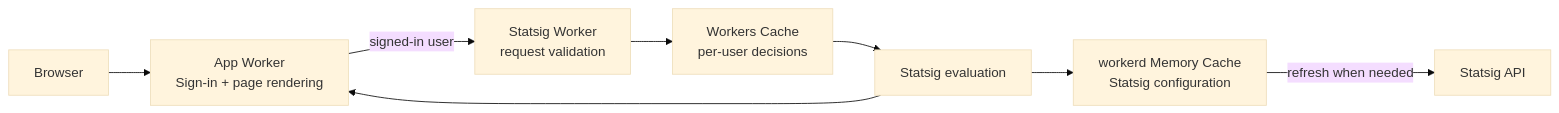
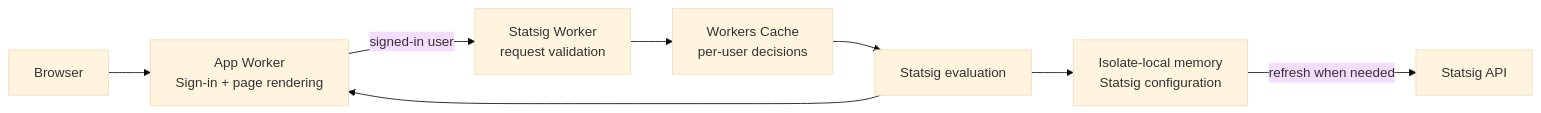
One commit to irvinebroque/reference-example-kitchen-sink changed the diagram in README.md. Above: the diagram before and after it, drawn with Mermaid (base theme). The commit also changed other lines of this file and 14 other files, not shown here.

Commit message:
Default Statsig config cache to isolate memory

````diff
--- a/README.md
+++ b/README.md
@@ -28,10 +28,10 @@
 ```mermaid
 flowchart LR
     Browser --> App["App Worker\nSign-in + page rendering"]
     App -->|"signed-in user"| Gateway["Statsig Worker\nrequest validation"]
     Gateway --> Decisions["Workers Cache\nper-user decisions"]
     Decisions --> Evaluator["Statsig evaluation"]
-    Evaluator --> Config["workerd Memory Cache\nStatsig configuration"]
+    Evaluator --> Config["Isolate-local memory\nStatsig configuration"]
     Config -->|"refresh when needed"| Statsig["Statsig API"]
     Evaluator --> App
 ```
````
